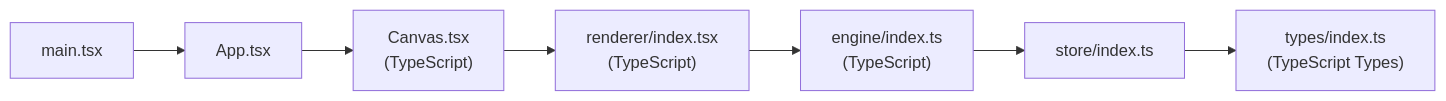
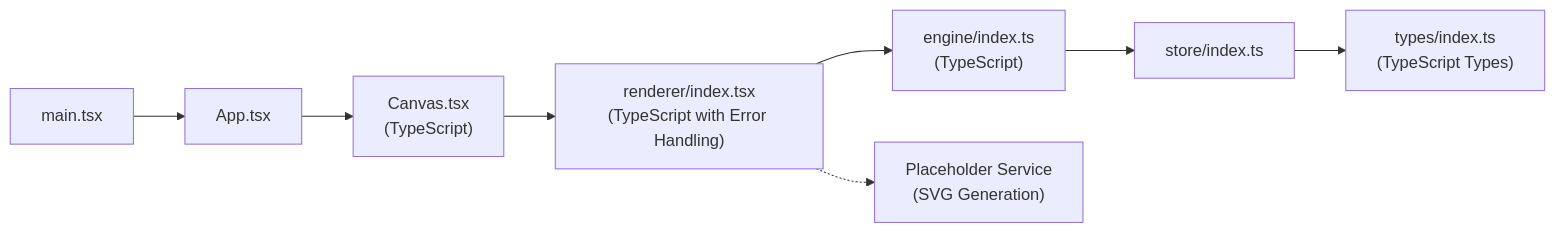
The ninth of 9 diagrams in .qoder/repowiki/en/content/Rendering System/Rendering System.md (Anna0314zy/ai_editor_enginer), drawn with Mermaid before and after one commit. The commit also changed other lines of this file and 44 other files, not shown here.

````diff
--- a/.qoder/repowiki/en/content/Rendering System/Rendering System.md
+++ b/.qoder/repowiki/en/content/Rendering System/Rendering System.md
@@ -292,9 +347,10 @@
 ```mermaid
 graph LR
 MAIN["main.tsx"] --> APP["App.tsx"]
 APP --> CANVAS["Canvas.tsx<br/>(TypeScript)"]
-CANVAS --> RENDERER["renderer/index.tsx<br/>(TypeScript)"]
+CANVAS --> RENDERER["renderer/index.tsx<br/>(TypeScript with Error Handling)"]
 RENDERER --> ENGINE["engine/index.ts<br/>(TypeScript)"]
 ENGINE --> STORE["store/index.ts"]
 STORE --> TYPES["types/index.ts<br/>(TypeScript Types)"]
+RENDERER -.-> PLACEHOLDER["Placeholder Service<br/>(SVG Generation)"]
 ```
````
